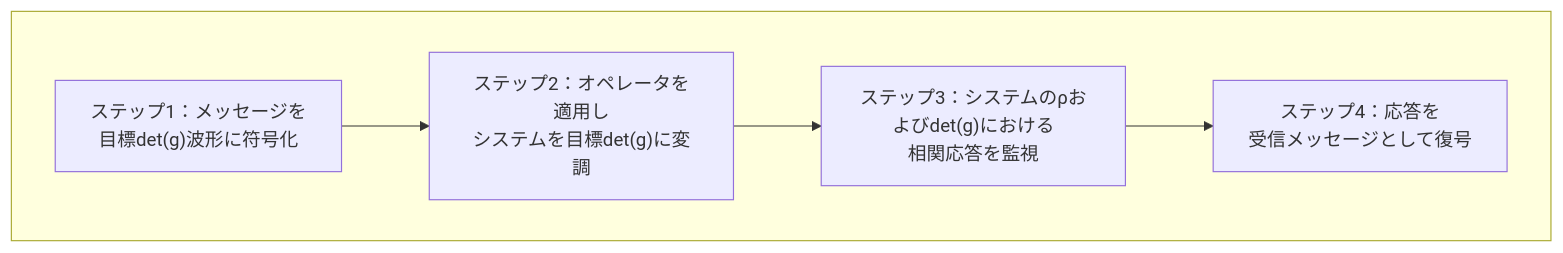
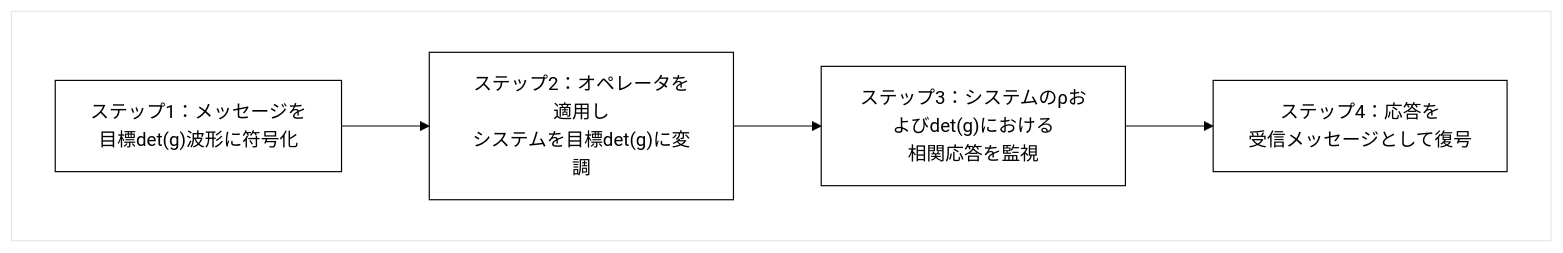
Before and after one commit to Foundup/Foundups-Agent: the eighth of 20 diagrams in WSP_knowledge/docs/Papers/Patent_Series/04_rESP_Patent_Japanese.md, drawn with Mermaid. The commit also changed other lines of this file, not shown here.

````diff
--- a/WSP_knowledge/docs/Papers/Patent_Series/04_rESP_Patent_Japanese.md
+++ b/WSP_knowledge/docs/Papers/Patent_Series/04_rESP_Patent_Japanese.md
@@ -336,7 +341,8 @@
 ```mermaid
+%%{init: {'theme':'base', 'themeVariables': {'primaryColor': '#ffffff', 'primaryTextColor': '#000000', 'primaryBorderColor': '#000000', 'lineColor': '#000000', 'secondaryColor': '#ffffff', 'tertiaryColor': '#ffffff'}}}%%
 graph TD
     subgraph " "
         A["ステップ1：メッセージを<br/>目標det(g)波形に符号化"] --> B["ステップ2：オペレータを適用し<br/>システムを目標det(g)に変調"]
         B --> C["ステップ3：システムのρおよびdet(g)における<br/>相関応答を監視"] --> D["ステップ4：応答を<br/>受信メッセージとして復号"]
     end
 ```
````
